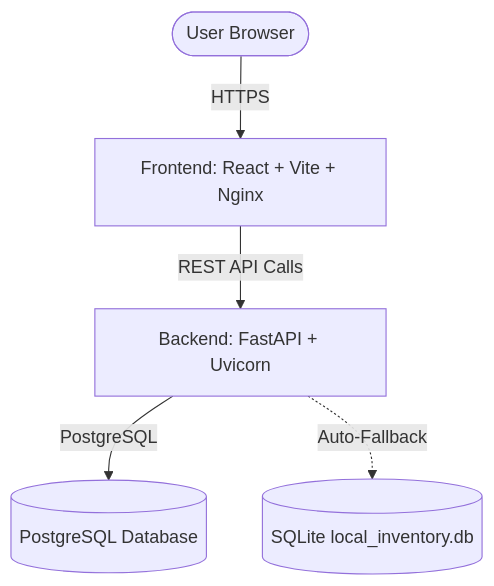
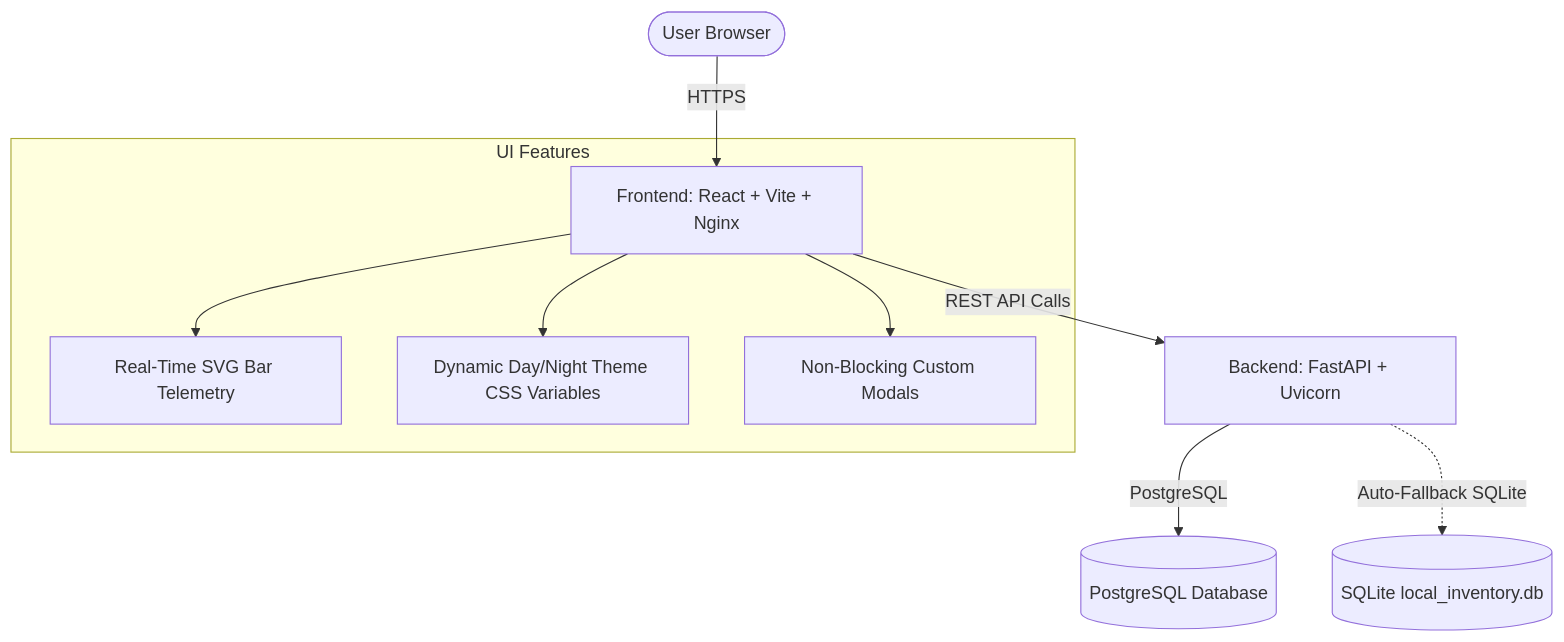
The diagram in README.md (saqib7903/Invetory-system), drawn with Mermaid before and after one commit. The commit also changed other lines of this file, not shown here.

Commit message:
Expand README.md with comprehensive full-stack architecture, dynamic feature showcases, and API details

````diff
--- a/README.md
+++ b/README.md
@@ -17,7 +17,13 @@
 ```mermaid
 graph TD
     User([User Browser]) -->|HTTPS| FE[Frontend: React + Vite + Nginx]
     FE -->|REST API Calls| BE[Backend: FastAPI + Uvicorn]
     BE -->|PostgreSQL| DB[(PostgreSQL Database)]
-    BE -.->|Auto-Fallback| SQLite[(SQLite local_inventory.db)]
+    BE -.->|Auto-Fallback SQLite| SQLite[(SQLite local_inventory.db)]
+    
+    subgraph UI Features
+    FE --> Telemetry[Real-Time SVG Bar Telemetry]
+    FE --> Theme[Dynamic Day/Night Theme CSS Variables]
+    FE --> CustomModals[Non-Blocking Custom Modals]
+    end
 ```
````
